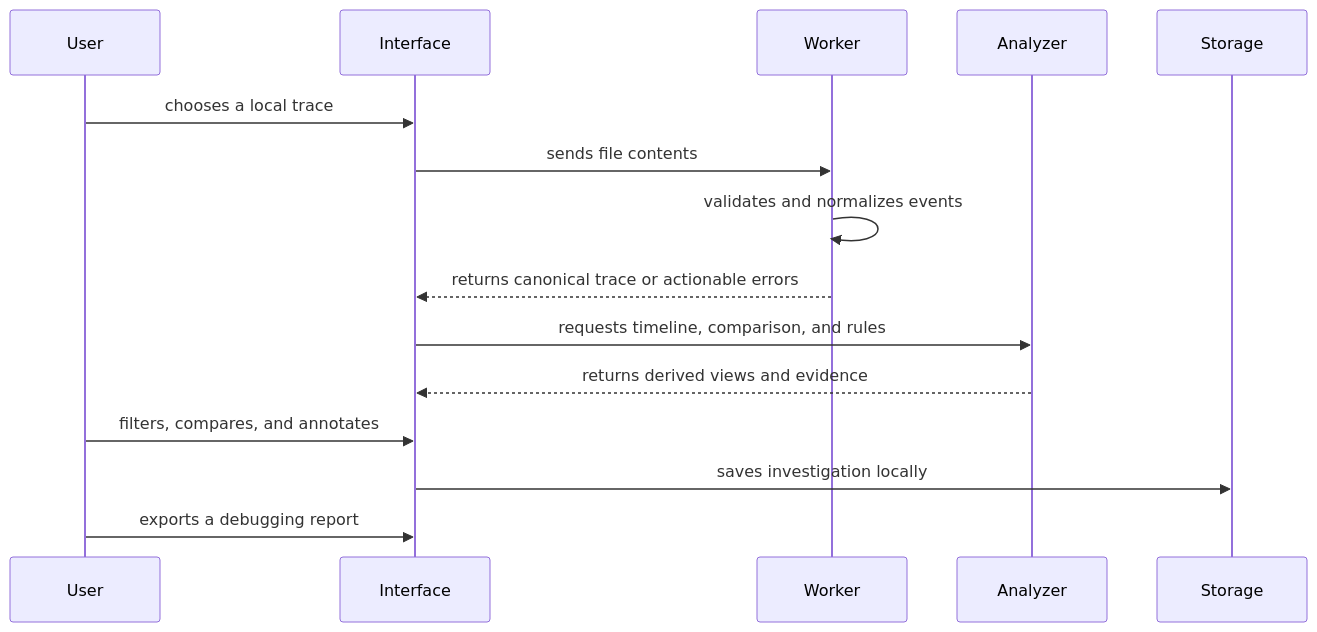
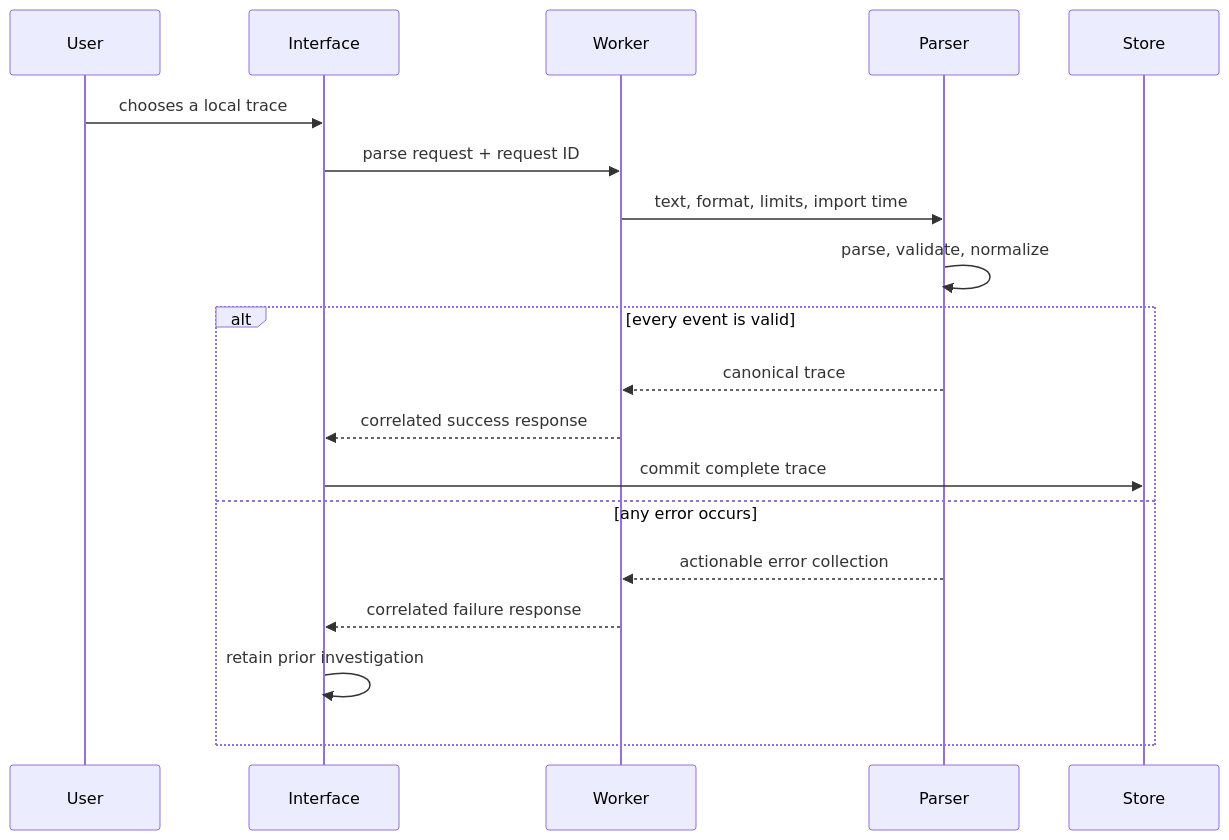
Before and after one commit to ASKR04/JavaScript: the second of 2 diagrams in eventweave/docs/architecture.md, drawn with Mermaid. The commit also changed other lines of this file and 21 other files, not shown here.

Commit message:
feat(eventweave): establish trace import foundation

````diff
--- a/eventweave/docs/architecture.md
+++ b/eventweave/docs/architecture.md
@@ -49,18 +50,22 @@
 ```mermaid
 sequenceDiagram
     participant User
     participant Interface
     participant Worker
-    participant Analyzer
-    participant Storage
+    participant Parser
+    participant Store
 
     User->>Interface: chooses a local trace
-    Interface->>Worker: sends file contents
-    Worker->>Worker: validates and normalizes events
-    Worker-->>Interface: returns canonical trace or actionable errors
-    Interface->>Analyzer: requests timeline, comparison, and rules
-    Analyzer-->>Interface: returns derived views and evidence
-    User->>Interface: filters, compares, and annotates
-    Interface->>Storage: saves investigation locally
-    User->>Interface: exports a debugging report
+    Interface->>Worker: parse request + request ID
+    Worker->>Parser: text, format, limits, import time
+    Parser->>Parser: parse, validate, normalize
+    alt every event is valid
+        Parser-->>Worker: canonical trace
+        Worker-->>Interface: correlated success response
+        Interface->>Store: commit complete trace
+    else any error occurs
+        Parser-->>Worker: actionable error collection
+        Worker-->>Interface: correlated failure response
+        Interface->>Interface: retain prior investigation
+    end
 ```
````
